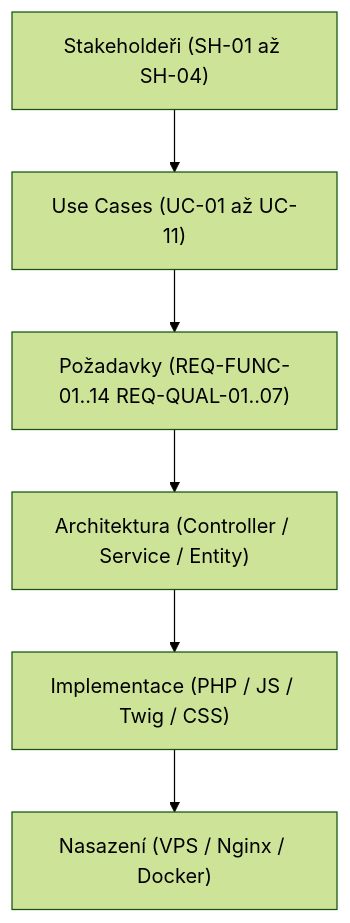
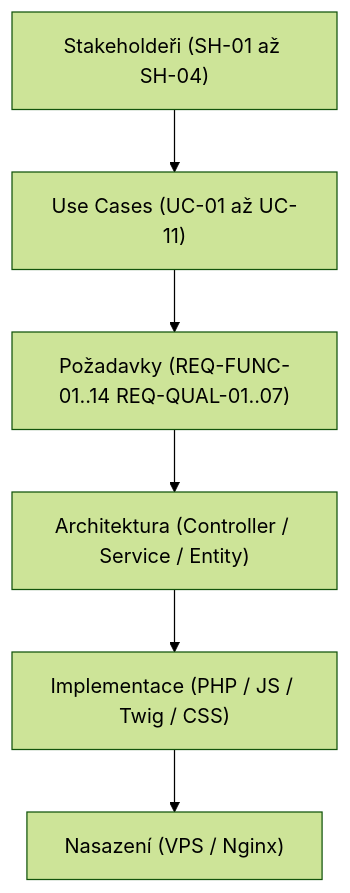
The ninth of 9 diagrams in docs/Ječná Guesser – Předávací zpráva projektu.md (Its1akub/JecnaGuesser), drawn with Mermaid (forest theme) before and after one commit. The commit also changed other lines of this file, not shown here.

````diff
--- a/docs/Ječná Guesser – Předávací zpráva projektu.md
+++ b/docs/Ječná Guesser – Předávací zpráva projektu.md
@@ -626,8 +629,8 @@
 ```mermaid
 graph TD
     SH["Stakeholdeři (SH-01 až SH-04)"] --> UC["Use Cases (UC-01 až UC-11)"]
     UC --> REQ["Požadavky (REQ-FUNC-01..14 REQ-QUAL-01..07)"]
     REQ --> ARCH["Architektura (Controller / Service / Entity)"]
     ARCH --> IMPL["Implementace (PHP / JS / Twig / CSS)"]
-    IMPL --> DEPLOY["Nasazení (VPS / Nginx / Docker)"]
+    IMPL --> DEPLOY["Nasazení (VPS / Nginx)"]
 ```
````
